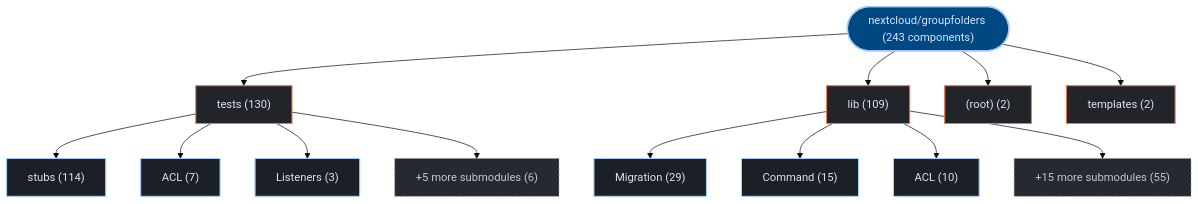
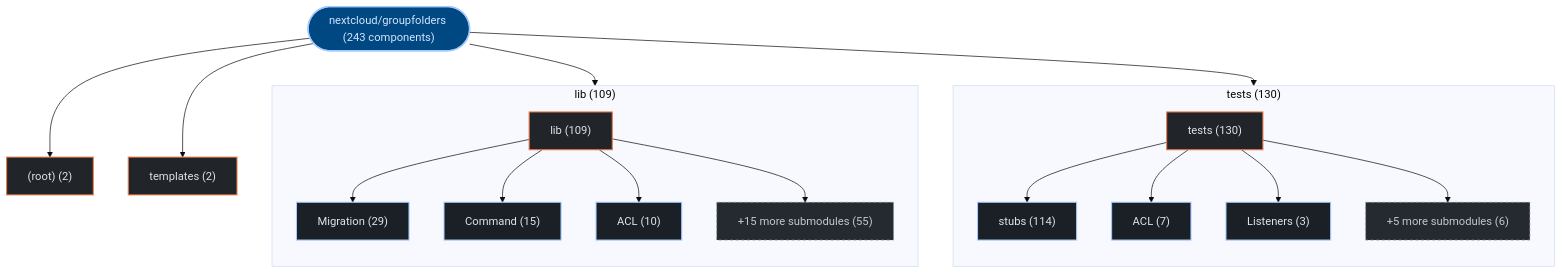
The first of 3 diagrams in exports/latest/reports/nextcloud-groupfolders-report.md (kumarshaz/atruss-code-atlas), drawn with Mermaid (base theme) before and after one commit. The commit also changed 178 other files, not shown here.

Commit message:
feat(ui,mermaid): upgrade to mermaid v12 + ELK layout, add orgs-summary + pagination, subgraph building blocks, fix tab alignment

````diff
--- a/exports/latest/reports/nextcloud-groupfolders-report.md
+++ b/exports/latest/reports/nextcloud-groupfolders-report.md
@@ -42,35 +42,41 @@
 ```mermaid
 graph TD;
   classDef atlasRoot fill:#004882,stroke:#a3c9ff,stroke-width:2px,color:#d3e4ff
   classDef atlasCategory fill:#212428,stroke:#E87A48,stroke-width:1.5px,color:#dfe3eb
   classDef atlasWorkflow fill:#1b2026,stroke:#a3c9ff,stroke-width:1.5px,color:#dfe3eb
   classDef atlasJob fill:#171c22,stroke:#8d9199,stroke-width:1px,color:#dfe3eb
   classDef atlasTarget fill:#005227,stroke:#8bd99b,stroke-width:1.5px,color:#a7f6b6
   classDef atlasAlert fill:#93000a,stroke:#ffb4ab,stroke-width:1.5px,color:#ffdad6
   classDef atlasMore fill:#252a31,stroke:#8d9199,stroke-dasharray:4 4,color:#c3c6cf
     repo_root(["nextcloud/groupfolders (243 components)"]):::atlasRoot
-    dir_0_tests["tests (130)"]:::atlasCategory
+    subgraph sg_dir_0_tests["tests (130)"]
+      direction TB
+      dir_0_tests["tests (130)"]:::atlasCategory
+      sub_0_0_stubs["stubs (114)"]:::atlasWorkflow
+      dir_0_tests --> sub_0_0_stubs
+      sub_0_1_ACL["ACL (7)"]:::atlasWorkflow
+      dir_0_tests --> sub_0_1_ACL
+      sub_0_2_Listeners["Listeners (3)"]:::atlasWorkflow
+      dir_0_tests --> sub_0_2_Listeners
+      sub_0_more["+5 more submodules (6)"]:::atlasMore
+      dir_0_tests --> sub_0_more
+    end
     repo_root --> dir_0_tests
-    sub_0_0_stubs["stubs (114)"]:::atlasWorkflow
-    dir_0_tests --> sub_0_0_stubs
-    sub_0_1_ACL["ACL (7)"]:::atlasWorkflow
-    dir_0_tests --> sub_0_1_ACL
-    sub_0_2_Listeners["Listeners (3)"]:::atlasWorkflow
-    dir_0_tests --> sub_0_2_Listeners
-    sub_0_more["+5 more submodules (6)"]:::atlasMore
-    dir_0_tests --> sub_0_more
-    dir_1_lib["lib (109)"]:::atlasCategory
+    subgraph sg_dir_1_lib["lib (109)"]
+      direction TB
+      dir_1_lib["lib (109)"]:::atlasCategory
+      sub_1_0_Migration["Migration (29)"]:::atlasWorkflow
+      dir_1_lib --> sub_1_0_Migration
+      sub_1_1_Command["Command (15)"]:::atlasWorkflow
+      dir_1_lib --> sub_1_1_Command
+      sub_1_2_ACL["ACL (10)"]:::atlasWorkflow
+      dir_1_lib --> sub_1_2_ACL
+      sub_1_more["+15 more submodules (55)"]:::atlasMore
+      dir_1_lib --> sub_1_more
+    end
     repo_root --> dir_1_lib
-    sub_1_0_Migration["Migration (29)"]:::atlasWorkflow
-    dir_1_lib --> sub_1_0_Migration
-    sub_1_1_Command["Command (15)"]:::atlasWorkflow
-    dir_1_lib --> sub_1_1_Command
-    sub_1_2_ACL["ACL (10)"]:::atlasWorkflow
-    dir_1_lib --> sub_1_2_ACL
-    sub_1_more["+15 more submodules (55)"]:::atlasMore
-    dir_1_lib --> sub_1_more
     dir_2__root_["(root) (2)"]:::atlasCategory
     repo_root --> dir_2__root_
     dir_3_templates["templates (2)"]:::atlasCategory
     repo_root --> dir_3_templates
 ```
````
